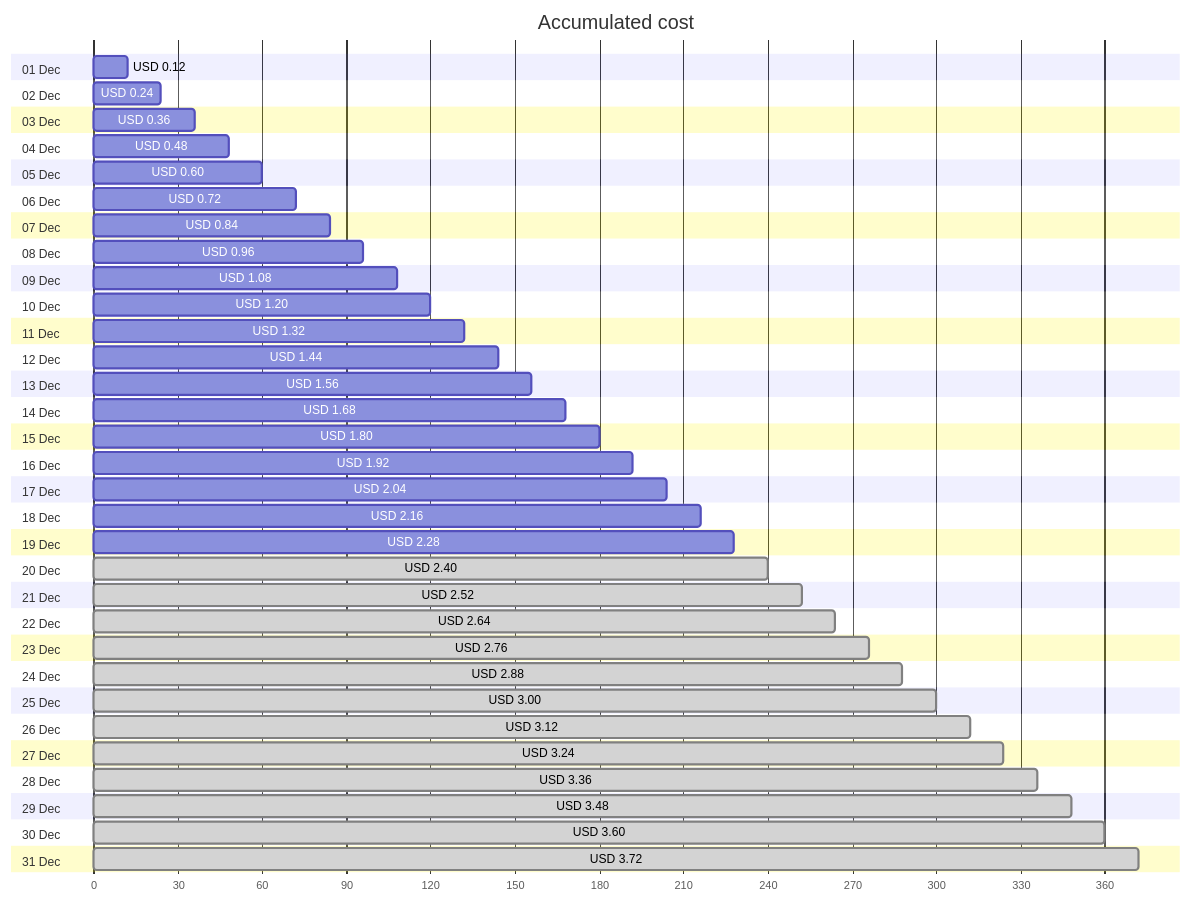
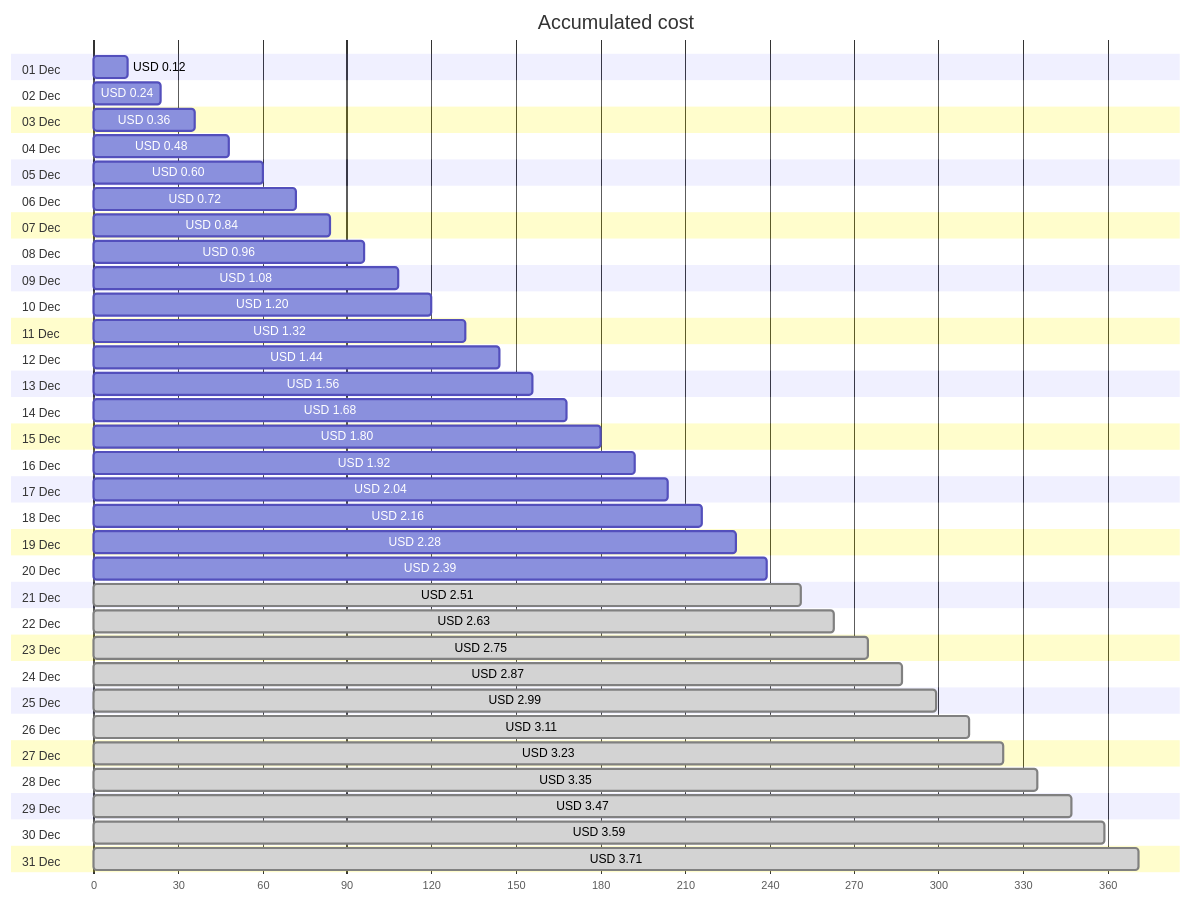
Before and after one commit to jpfulton/azure-personal-reports: the first of 4 diagrams in cost-reports/personal-network/backup-server-public-ip.md, drawn with Mermaid. The commit also changed other lines of this file and 8 other files, not shown here.

````diff
--- a/cost-reports/personal-network/backup-server-public-ip.md
+++ b/cost-reports/personal-network/backup-server-public-ip.md
@@ -20,68 +20,68 @@
 ```mermaid
 gantt
    title Accumulated cost
    dateFormat  X
    axisFormat %s
    section 01 Dec
    USD 0.12 :0, 12
    section 02 Dec
    USD 0.24 :0, 24
    section 03 Dec
    USD 0.36 :0, 36
    section 04 Dec
    USD 0.48 :0, 48
    section 05 Dec
    USD 0.60 :0, 60
    section 06 Dec
    USD 0.72 :0, 72
    section 07 Dec
    USD 0.84 :0, 84
    section 08 Dec
    USD 0.96 :0, 96
    section 09 Dec
    USD 1.08 :0, 108
    section 10 Dec
    USD 1.20 :0, 120
    section 11 Dec
    USD 1.32 :0, 132
    section 12 Dec
    USD 1.44 :0, 144
    section 13 Dec
    USD 1.56 :0, 156
    section 14 Dec
    USD 1.68 :0, 168
    section 15 Dec
    USD 1.80 :0, 180
    section 16 Dec
    USD 1.92 :0, 192
    section 17 Dec
    USD 2.04 :0, 204
    section 18 Dec
    USD 2.16 :0, 216
    section 19 Dec
    USD 2.28 :0, 228
    section 20 Dec
-   USD 2.40 : done, 0, 240
+   USD 2.39 :0, 239
    section 21 Dec
-   USD 2.52 : done, 0, 252
+   USD 2.51 : done, 0, 251
    section 22 Dec
-   USD 2.64 : done, 0, 264
+   USD 2.63 : done, 0, 263
    section 23 Dec
-   USD 2.76 : done, 0, 276
+   USD 2.75 : done, 0, 275
    section 24 Dec
-   USD 2.88 : done, 0, 288
+   USD 2.87 : done, 0, 287
    section 25 Dec
-   USD 3.00 : done, 0, 300
+   USD 2.99 : done, 0, 299
    section 26 Dec
-   USD 3.12 : done, 0, 312
+   USD 3.11 : done, 0, 311
    section 27 Dec
-   USD 3.24 : done, 0, 324
+   USD 3.23 : done, 0, 323
    section 28 Dec
-   USD 3.36 : done, 0, 336
+   USD 3.35 : done, 0, 335
    section 29 Dec
-   USD 3.48 : done, 0, 348
+   USD 3.47 : done, 0, 347
    section 30 Dec
-   USD 3.60 : done, 0, 360
+   USD 3.59 : done, 0, 359
    section 31 Dec
-   USD 3.72 : done, 0, 372
+   USD 3.71 : done, 0, 371
 ```
````
